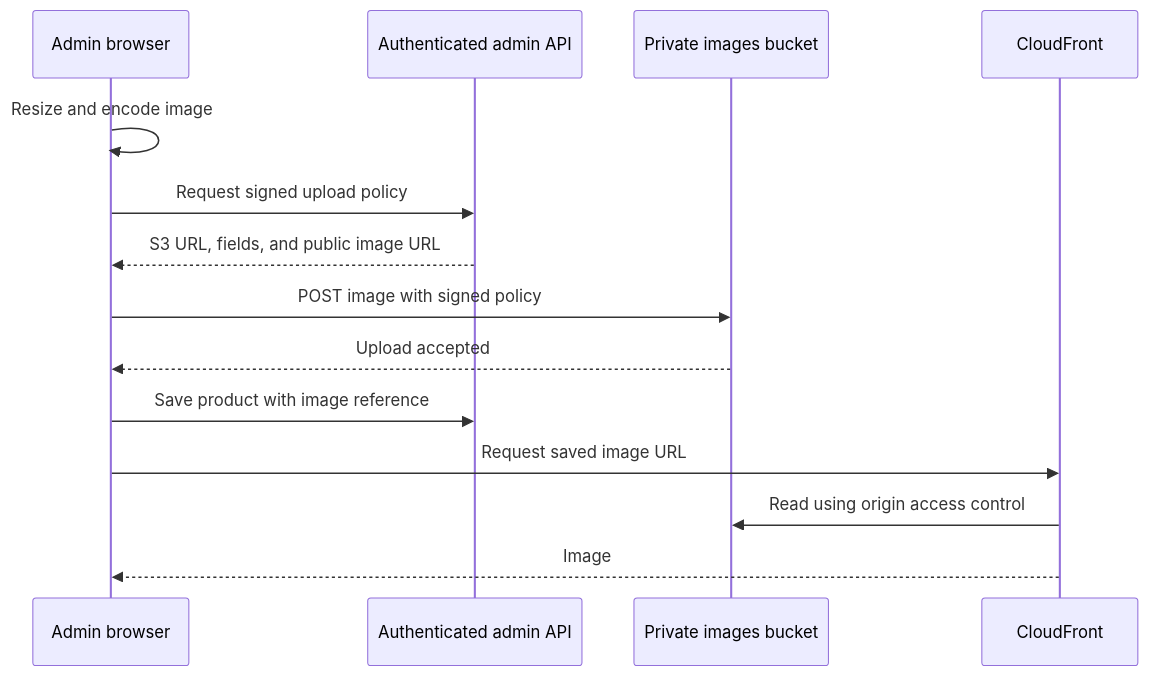
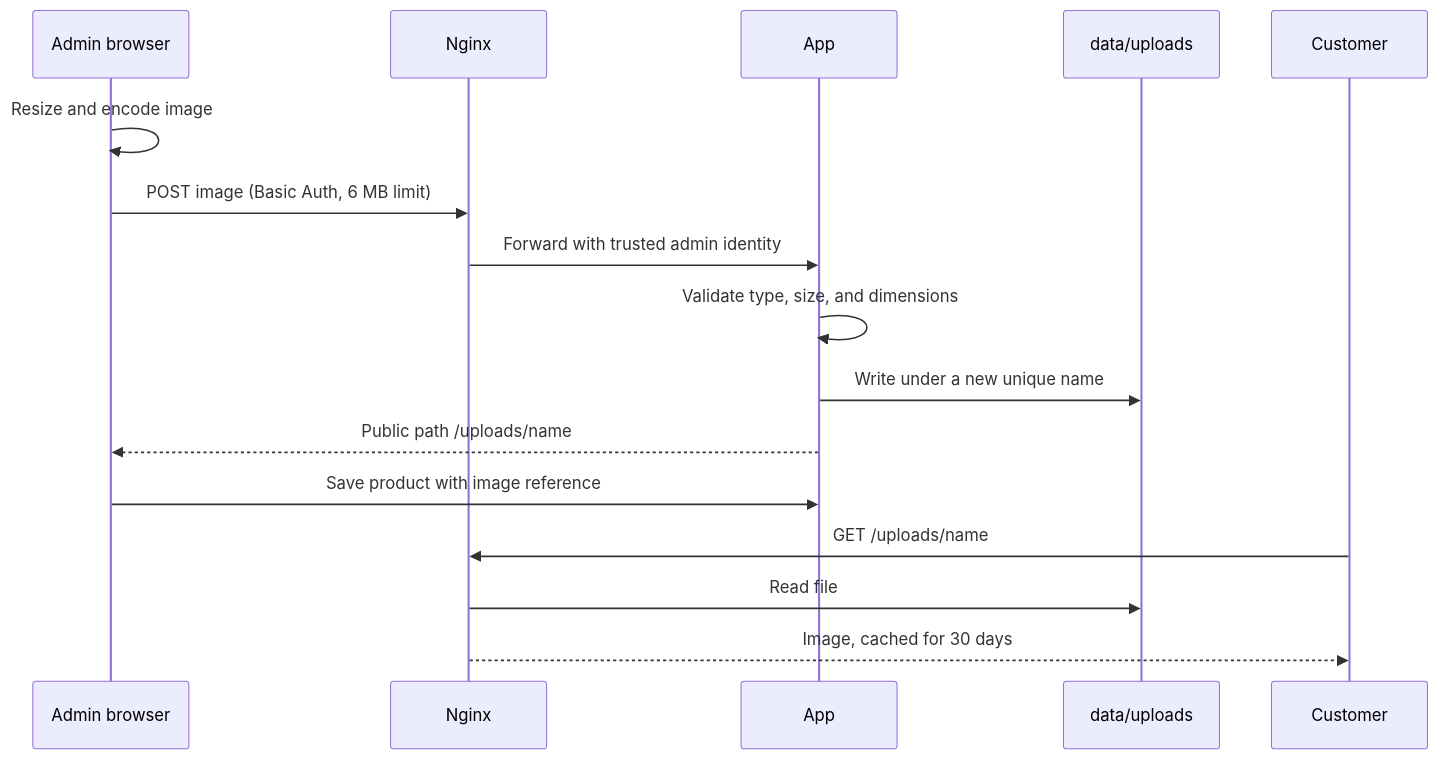
The fifth of 5 diagrams in README.md (gchape/beautycode), drawn with Mermaid before and after one commit. The commit also changed other lines of this file and 8 other files, not shown here.

````diff
--- a/README.md
+++ b/README.md
@@ -400,16 +402,18 @@
 ```mermaid
 sequenceDiagram
     participant Admin as Admin browser
-    participant API as Authenticated admin API
-    participant S3 as Private images bucket
-    participant CDN as CloudFront
+    participant Nginx
+    participant App
+    participant Disk as data/uploads
+    participant Customer
     Admin->>Admin: Resize and encode image
-    Admin->>API: Request signed upload policy
-    API-->>Admin: S3 URL, fields, and public image URL
-    Admin->>S3: POST image with signed policy
-    S3-->>Admin: Upload accepted
-    Admin->>API: Save product with image reference
-    Admin->>CDN: Request saved image URL
-    CDN->>S3: Read using origin access control
-    CDN-->>Admin: Image
+    Admin->>Nginx: POST image (Basic Auth, 6 MB limit)
+    Nginx->>App: Forward with trusted admin identity
+    App->>App: Validate type, size, and dimensions
+    App->>Disk: Write under a new unique name
+    App-->>Admin: Public path /uploads/name
+    Admin->>App: Save product with image reference
+    Customer->>Nginx: GET /uploads/name
+    Nginx->>Disk: Read file
+    Nginx-->>Customer: Image, cached for 30 days
 ```
````
